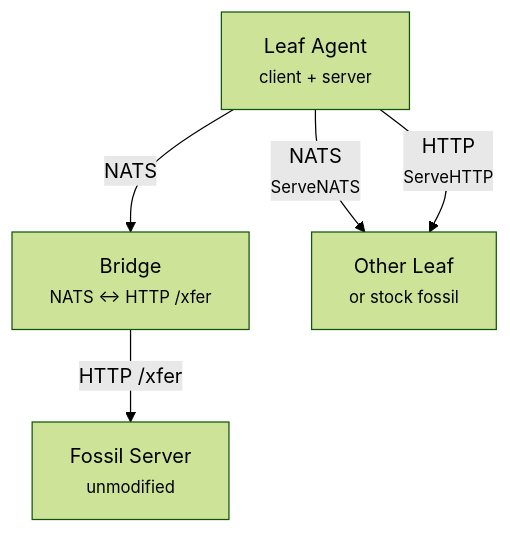
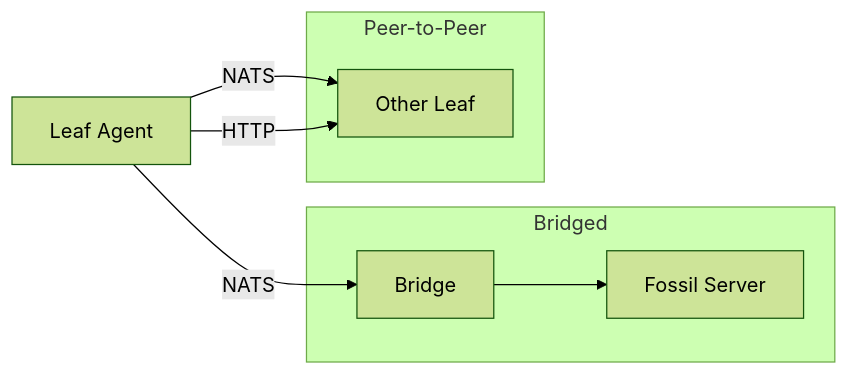
One commit to danmestas/EdgeSync changed the diagram in README.md. Above: the diagram before and after it, drawn with Mermaid (forest theme).

Commit message:
docs: simplify mermaid diagram layout

````diff
--- a/README.md
+++ b/README.md
@@ -7,12 +7,16 @@
 ```mermaid
-graph TD
-    Leaf["Leaf Agent<br/><small>client + server</small>"]
-    Bridge["Bridge<br/><small>NATS ↔ HTTP /xfer</small>"]
-    Fossil["Fossil Server<br/><small>unmodified</small>"]
-    Peer["Other Leaf<br/><small>or stock fossil</small>"]
+graph LR
+    Leaf[Leaf Agent]
 
-    Leaf -- "NATS" --> Bridge
-    Bridge -- "HTTP /xfer" --> Fossil
-    Leaf -- "NATS<br/><small>ServeNATS</small>" --> Peer
-    Leaf -- "HTTP<br/><small>ServeHTTP</small>" --> Peer
+    subgraph Bridged
+        Bridge[Bridge] --> Fossil[Fossil Server]
+    end
+
+    subgraph Peer-to-Peer
+        Peer[Other Leaf]
+    end
+
+    Leaf -- NATS --> Bridge
+    Leaf -- NATS --> Peer
+    Leaf -- HTTP --> Peer
 ```
````
